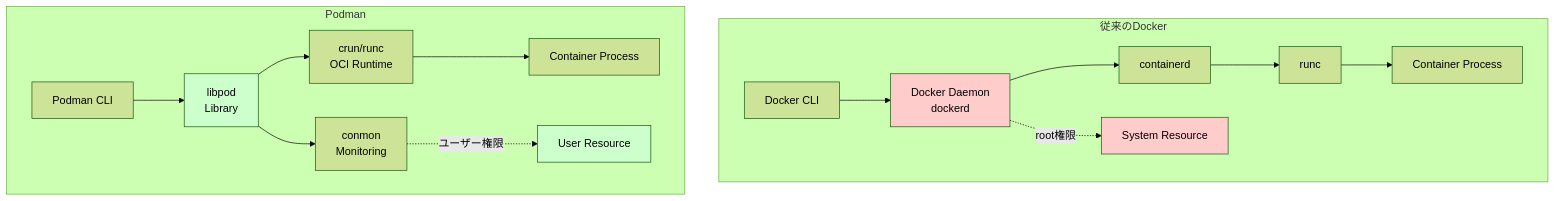
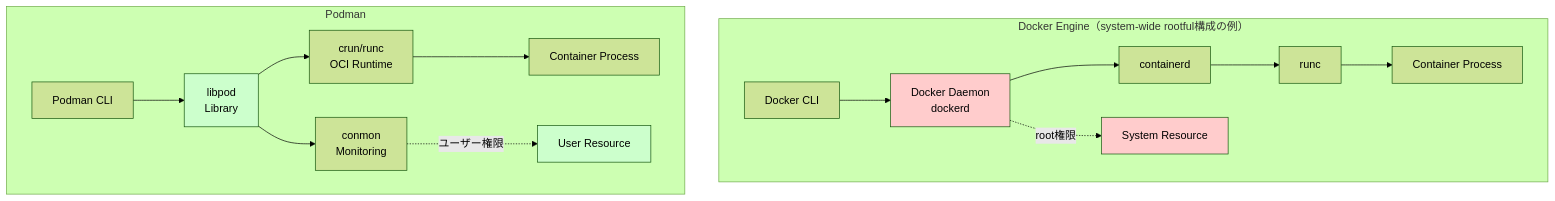
The diagram in docs/chapters/chapter01/index.md (itdojp/podman-book), drawn with Mermaid (forest theme) before and after one commit. The commit also changed other lines of this file and 5 other files, not shown here.

````diff
--- a/docs/chapters/chapter01/index.md
+++ b/docs/chapters/chapter01/index.md
@@ -61,23 +55,23 @@
 ```mermaid
 graph TB
-    subgraph "従来のDocker"
+    subgraph "Docker Engine（system-wide rootful構成の例）"
         D1[Docker CLI] --> D2[Docker Daemon<br/>dockerd]
         D2 --> D3[containerd]
         D3 --> D4[runc]
         D4 --> D5[Container Process]
         D2 -.->|root権限| D6[System Resource]
     end
     
     subgraph "Podman"
         P1[Podman CLI] --> P2[libpod<br/>Library]
         P2 --> P3[conmon<br/>Monitoring]
         P2 --> P4[crun/runc<br/>OCI Runtime]
         P4 --> P5[Container Process]
         P3 -.->|ユーザー権限| P6[User Resource]
     end
     
     style D2 fill:#ffcccc
     style P2 fill:#ccffcc
     style D6 fill:#ffcccc
     style P6 fill:#ccffcc
 ```
````
